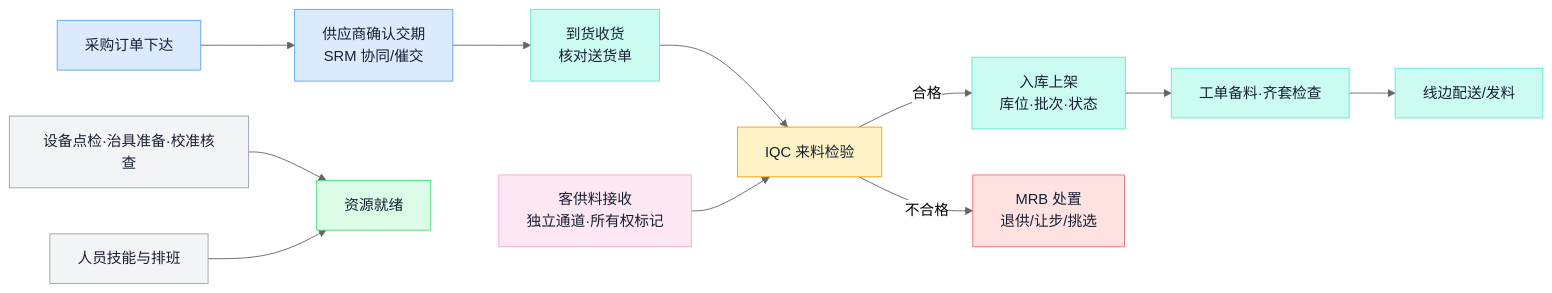
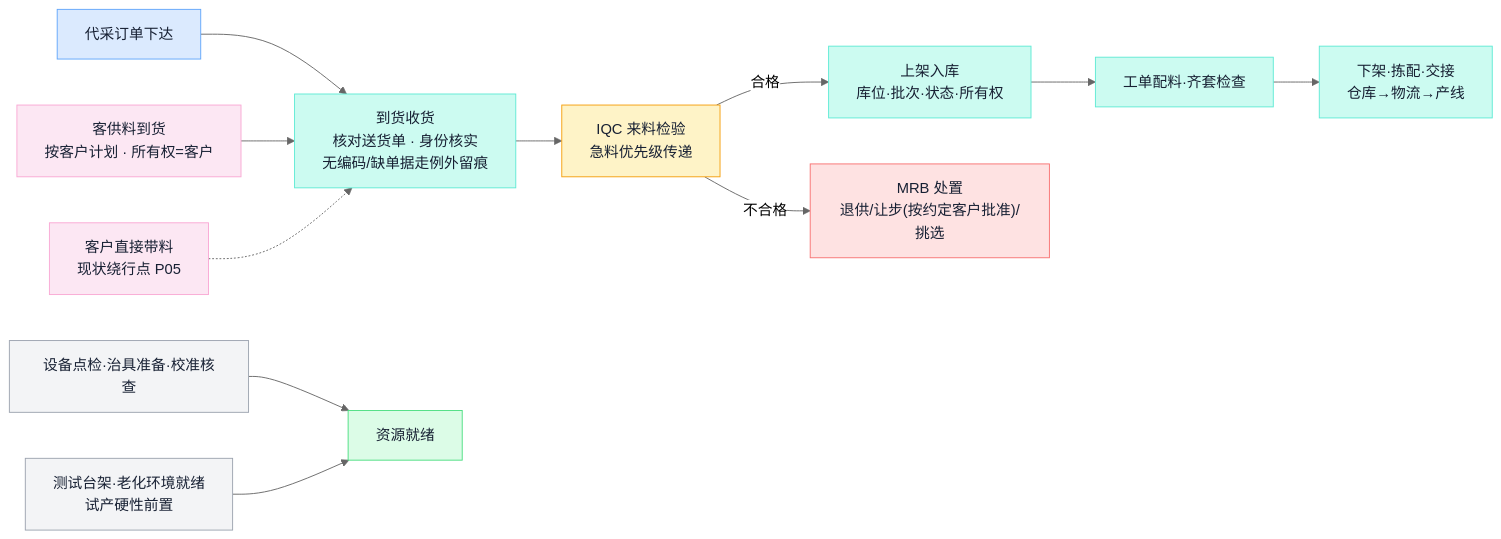
Diagram 11 of 18 in docs/manufacturing-system-handbook.md (ink-hz/AI-Manufacturing-Platform), drawn with Mermaid (neutral theme) before and after one commit. The commit also changed other lines of this file and 9 other files, not shown here.

First line of the commit message:
docs: OEM revision of handbook, architecture, flows and design document

````diff
--- a/docs/manufacturing-system-handbook.md
+++ b/docs/manufacturing-system-handbook.md
@@ -467,27 +699,27 @@
 ```mermaid
 flowchart LR
-    A[采购订单下达] --> B[供应商确认交期<br/>SRM 协同/催交]
-    B --> C[到货收货<br/>核对送货单]
-    C --> D[IQC 来料检验]
-    D -->|合格| E[入库上架<br/>库位·批次·状态]
-    D -->|不合格| F[MRB 处置<br/>退供/让步/挑选]
-    OEM1[客供料接收<br/>独立通道·所有权标记] --> D
-    E --> G[工单备料·齐套检查]
-    G --> H[线边配送/发料]
-    R1[设备点检·治具准备·校准核查] --> I[资源就绪]
-    R2[人员技能与排班] --> I
-    class A,B biz
+    A["代采订单下达"] --> C
+    OEM1["客供料到货<br/>按客户计划 · 所有权=客户"] --> C
+    OEM2["客户直接带料<br/>现状绕行点 P05"] -.-> C
+    C["到货收货<br/>核对送货单 · 身份核实<br/>无编码/缺单据走例外留痕"] --> D["IQC 来料检验<br/>急料优先级传递"]
+    D -->|"合格"| E["上架入库<br/>库位·批次·状态·所有权"]
+    D -->|"不合格"| F["MRB 处置<br/>退供/让步(按约定客户批准)/挑选"]
+    E --> G["工单配料·齐套检查"]
+    G --> H["下架·拣配·交接<br/>仓库→物流→产线"]
+    R1["设备点检·治具准备·校准核查"] --> I["资源就绪"]
+    R2["测试台架·老化环境就绪<br/>试产硬性前置"] --> I
+    class A biz
+    class OEM1,OEM2 cust
     class C,E,G,H flow
     class D qa
     class F risk
-    class OEM1 cust
     class R1,R2 store
     class I exec
     classDef biz fill:#DBEAFE,stroke:#60A5FA,color:#172033;
+    classDef cust fill:#FCE7F3,stroke:#F9A8D4,color:#172033;
     classDef flow fill:#CCFBF1,stroke:#5EEAD4,color:#172033;
     classDef qa fill:#FEF3C7,stroke:#F59E0B,color:#172033;
     classDef risk fill:#FEE2E2,stroke:#F87171,color:#172033;
-    classDef cust fill:#FCE7F3,stroke:#F9A8D4,color:#172033;
     classDef store fill:#F3F4F6,stroke:#9CA3AF,color:#172033;
     classDef exec fill:#DCFCE7,stroke:#4ADE80,color:#172033;
 ```
````
